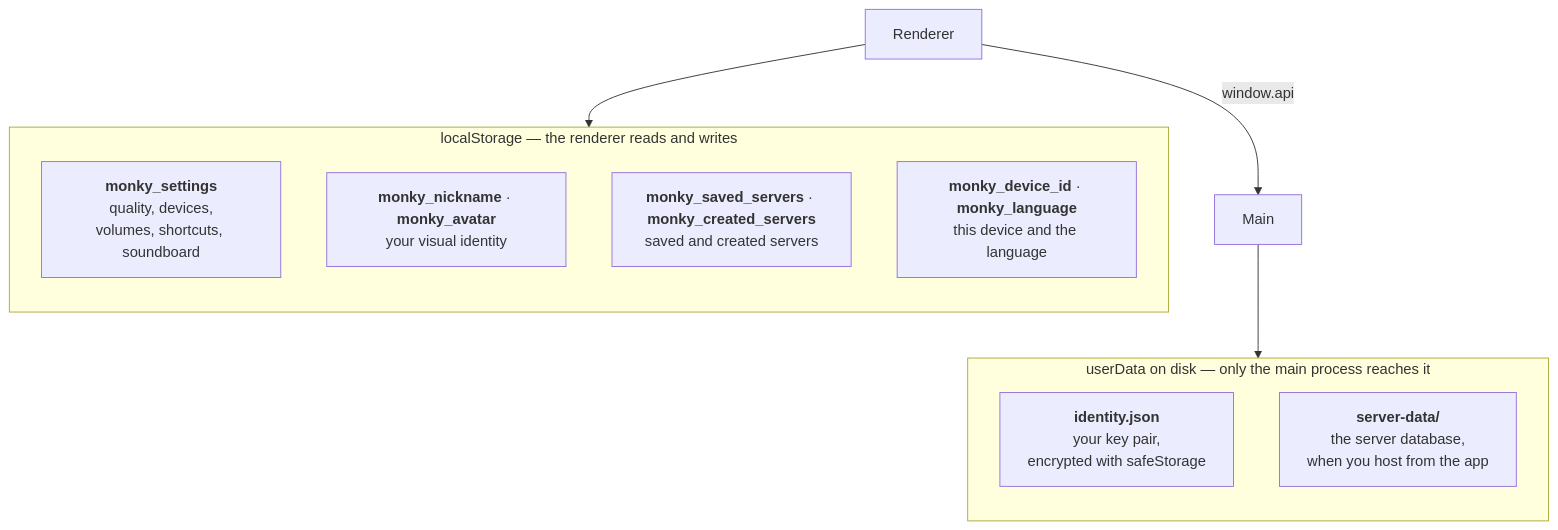
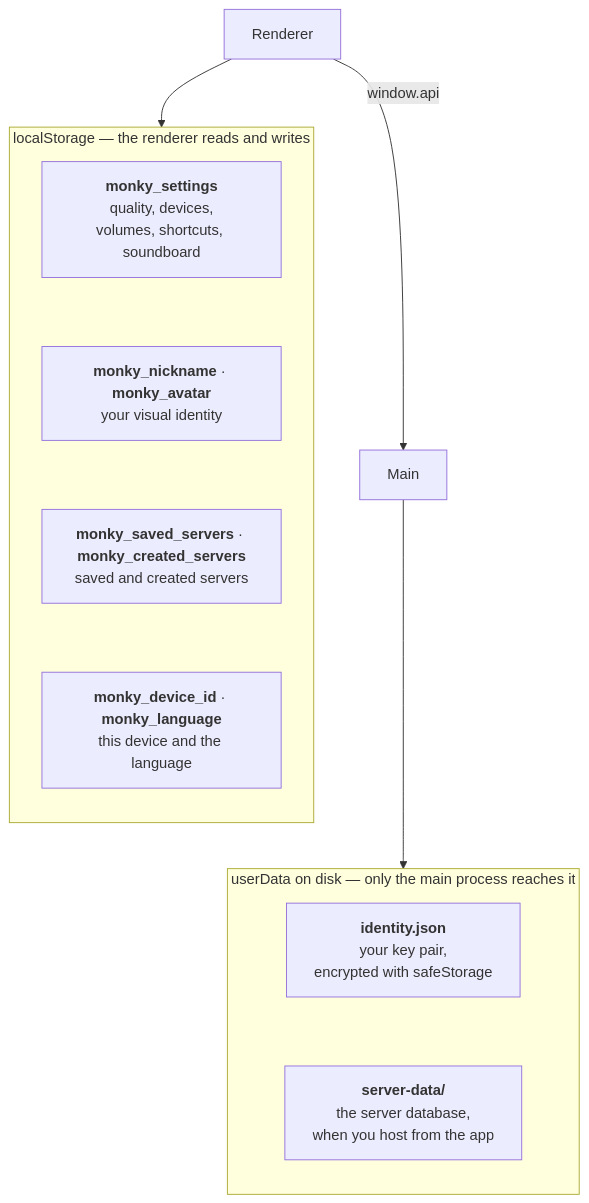
The diagram in docs-site/diagramas/src/en/04-o-que-fica-salvo-na-sua-maquina.mmd (MiniVoiceOrg/Mini_Voice), drawn with Mermaid before and after one commit. The commit also changed 15 other files, not shown here.

First line of the commit message:
docs: coluna larga na arquitetura e empilhamento dos dois diagramas piores

```diff
--- a/docs-site/diagramas/src/en/04-o-que-fica-salvo-na-sua-maquina.mmd
+++ b/docs-site/diagramas/src/en/04-o-que-fica-salvo-na-sua-maquina.mmd
@@ -1,18 +1,20 @@
 flowchart TB
     subgraph LS["localStorage — the renderer reads and writes"]
         direction TB
         L1["<b>monky_settings</b><br/>quality, devices,<br/>volumes, shortcuts, soundboard"]
         L2["<b>monky_nickname</b> · <b>monky_avatar</b><br/>your visual identity"]
         L3["<b>monky_saved_servers</b> · <b>monky_created_servers</b><br/>saved and created servers"]
         L4["<b>monky_device_id</b> · <b>monky_language</b><br/>this device and the language"]
+        L1 ~~~ L2 ~~~ L3 ~~~ L4
     end
 
     subgraph UD["userData on disk — only the main process reaches it"]
         direction TB
         D1["<b>identity.json</b><br/>your key pair,<br/>encrypted with safeStorage"]
         D2["<b>server-data/</b><br/>the server database,<br/>when you host from the app"]
+        D1 ~~~ D2
     end
 
     R["Renderer"] --> LS
     R -->|window.api| M["Main"]
     M --> UD
```
